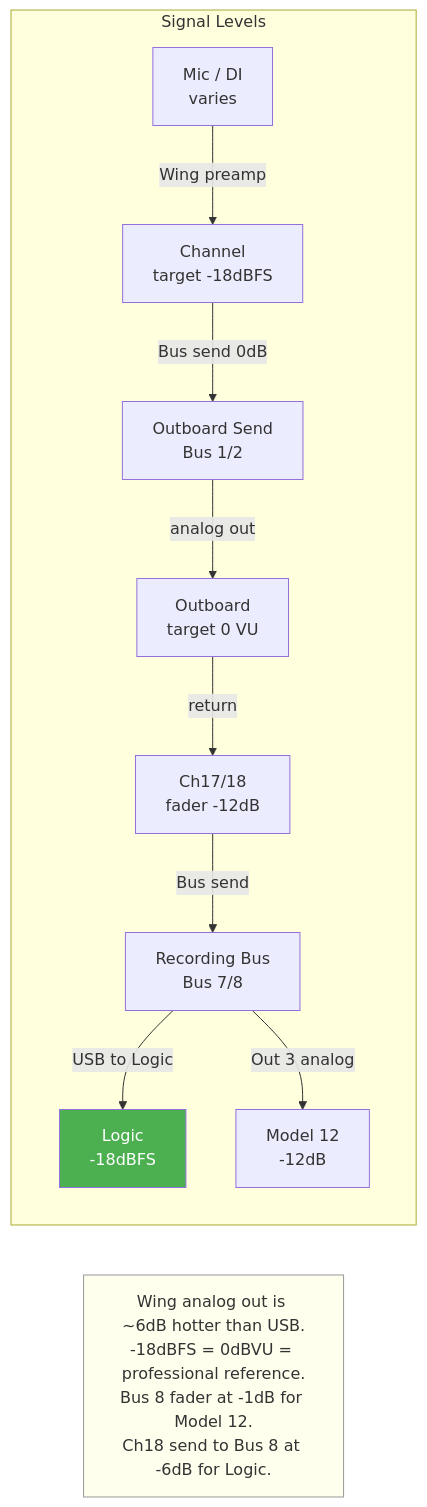
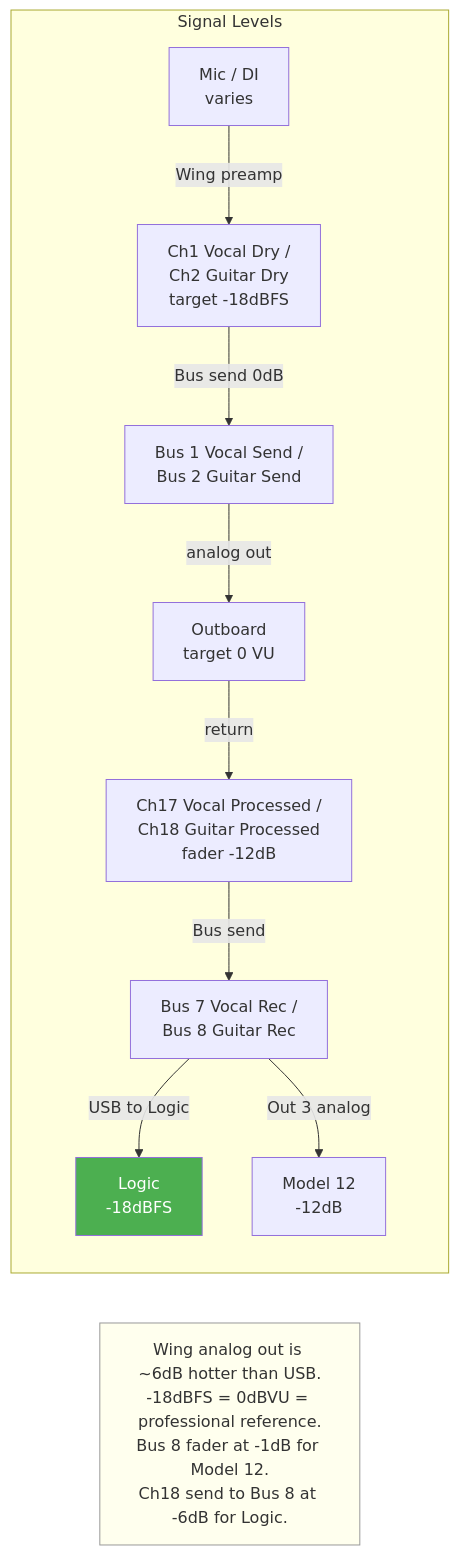
Before and after one commit to ldenman/studio-setup: diagram 17 of 19 in docs/diagrams.md, drawn with Mermaid. The commit also changed other lines of this file, not shown here.

First line of the commit message:
Add names to all bus/channel references, summary notes on every diagram

````diff
--- a/docs/diagrams.md
+++ b/docs/diagrams.md
@@ -600,14 +631,14 @@
 ```mermaid
 graph LR
     subgraph Signal Levels
-        MIC[Mic / DI<br/>varies] -->|Wing preamp| CH[Channel<br/>target -18dBFS] -->|Bus send 0dB| BUS_OUT[Outboard Send<br/>Bus 1/2] -->|analog out| OB[Outboard<br/>target 0 VU]
-        OB -->|return| CH_PROC[Ch17/18<br/>fader -12dB] -->|Bus send| REC_BUS[Recording Bus<br/>Bus 7/8]
+        MIC[Mic / DI<br/>varies] -->|Wing preamp| CH[Ch1 Vocal Dry /<br/>Ch2 Guitar Dry<br/>target -18dBFS] -->|Bus send 0dB| BUS_OUT[Bus 1 Vocal Send /<br/>Bus 2 Guitar Send] -->|analog out| OB[Outboard<br/>target 0 VU]
+        OB -->|return| CH_PROC[Ch17 Vocal Processed /<br/>Ch18 Guitar Processed<br/>fader -12dB] -->|Bus send| REC_BUS[Bus 7 Vocal Rec /<br/>Bus 8 Guitar Rec]
         REC_BUS -->|USB to Logic| LOGIC[Logic<br/>-18dBFS]
         REC_BUS -->|Out 3 analog| M12[Model 12<br/>-12dB]
     end
 
     NOTE[Wing analog out is ~6dB hotter than USB.<br/>-18dBFS = 0dBVU = professional reference.<br/>Bus 8 fader at -1dB for Model 12.<br/>Ch18 send to Bus 8 at -6dB for Logic.]
 
     style NOTE fill:#ffe,stroke:#999
     style LOGIC fill:#4CAF50,color:#fff
 ```
````
